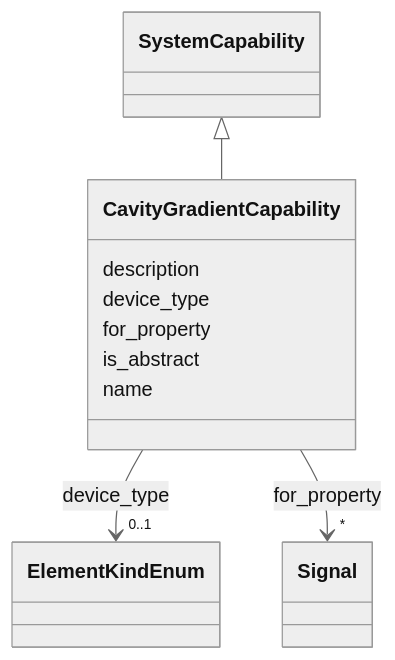
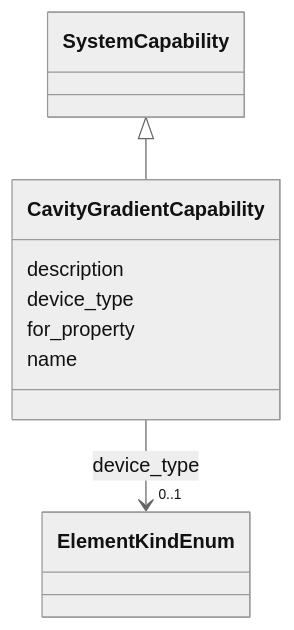
Before and after one commit to pals-project/pals-facility-config: the diagram in docs_narad/CavityGradientCapability.md, drawn with Mermaid (neutral theme). The commit also changed other lines of this file and 126 other files, not shown here.

````diff
--- a/docs_narad/CavityGradientCapability.md
+++ b/docs_narad/CavityGradientCapability.md
@@ -18,37 +18,26 @@
 ```mermaid
  classDiagram
     class CavityGradientCapability
     click CavityGradientCapability href "../CavityGradientCapability/"
       SystemCapability <|-- CavityGradientCapability
         click SystemCapability href "../SystemCapability/"
       
       CavityGradientCapability : description
         
       CavityGradientCapability : device_type
         
           
     
         
         
         CavityGradientCapability --> "0..1" ElementKindEnum : device_type
         click ElementKindEnum href "../ElementKindEnum/"
     
 
         
       CavityGradientCapability : for_property
         
-          
-    
-        
-        
-        CavityGradientCapability --> "*" Signal : for_property
-        click Signal href "../Signal/"
-    
-
-        
-      CavityGradientCapability : is_abstract
-        
       CavityGradientCapability : name
         
       
 ```
````
